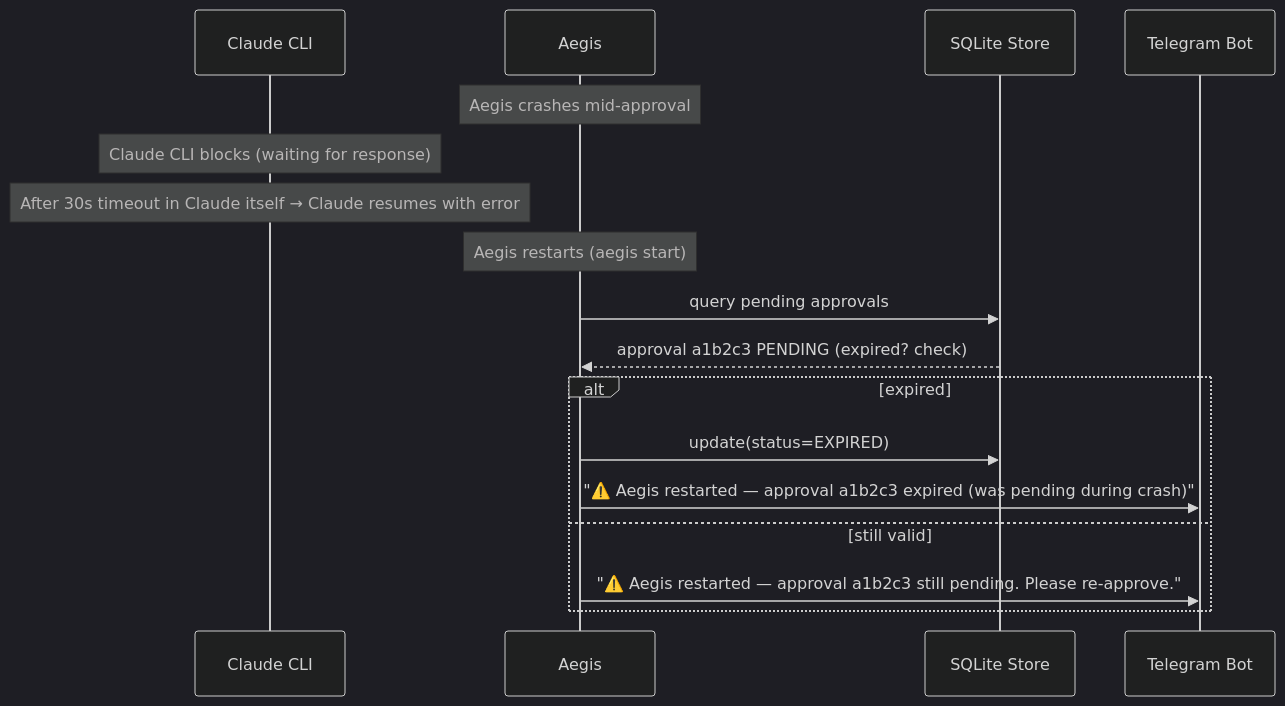
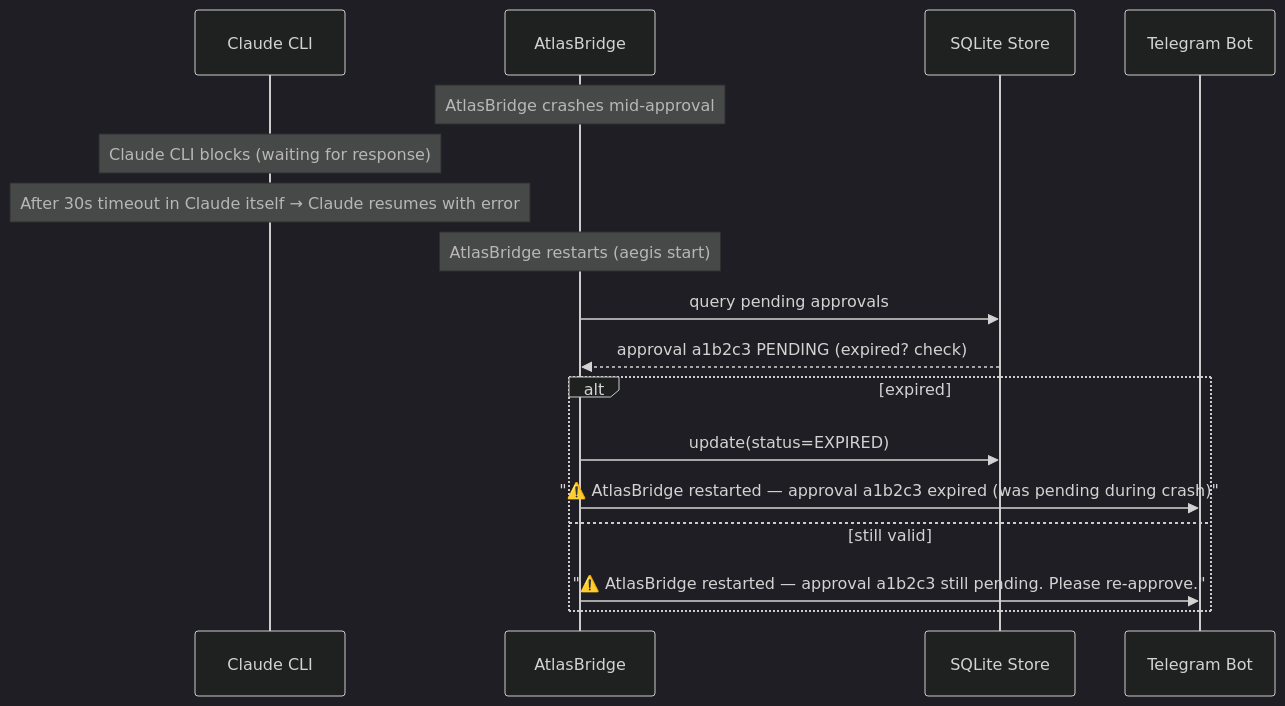
One commit to abdulraoufatia/aegis-cli changed the seventh of 8 diagrams in docs/tool-interception-design.md. Above: the diagram before and after it, drawn with Mermaid (dark theme). The commit also changed other lines of this file and 171 other files, not shown here.

First line of the commit message:
chore: rename project Aegis → AtlasBridge

````diff
--- a/docs/tool-interception-design.md
+++ b/docs/tool-interception-design.md
@@ -298,22 +298,22 @@
 ```mermaid
 sequenceDiagram
     participant C as Claude CLI
-    participant A as Aegis
+    participant A as AtlasBridge
     participant DB as SQLite Store
     participant T as Telegram Bot
 
-    Note over A: Aegis crashes mid-approval
+    Note over A: AtlasBridge crashes mid-approval
 
     Note over C: Claude CLI blocks (waiting for response)
     Note over C: After 30s timeout in Claude itself → Claude resumes with error
 
-    Note over A: Aegis restarts (aegis start)
+    Note over A: AtlasBridge restarts (aegis start)
     A->>DB: query pending approvals
     DB-->>A: approval a1b2c3 PENDING (expired? check)
     alt expired
         A->>DB: update(status=EXPIRED)
-        A->>T: "⚠️ Aegis restarted — approval a1b2c3 expired (was pending during crash)"
+        A->>T: "⚠️ AtlasBridge restarted — approval a1b2c3 expired (was pending during crash)"
     else still valid
-        A->>T: "⚠️ Aegis restarted — approval a1b2c3 still pending. Please re-approve."
+        A->>T: "⚠️ AtlasBridge restarted — approval a1b2c3 still pending. Please re-approve."
     end
 ```
````
